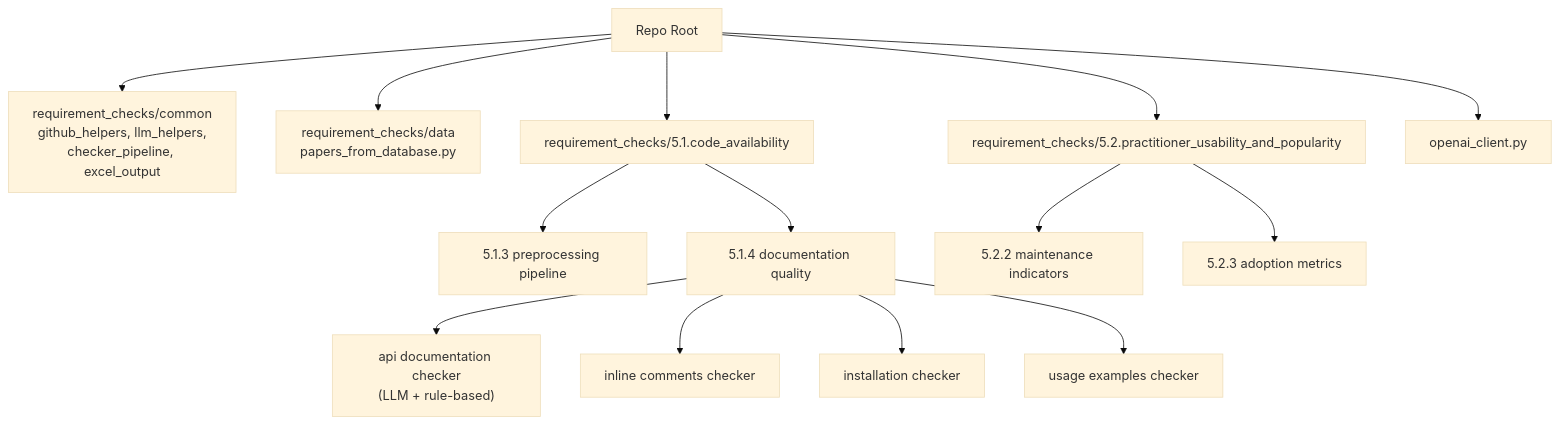
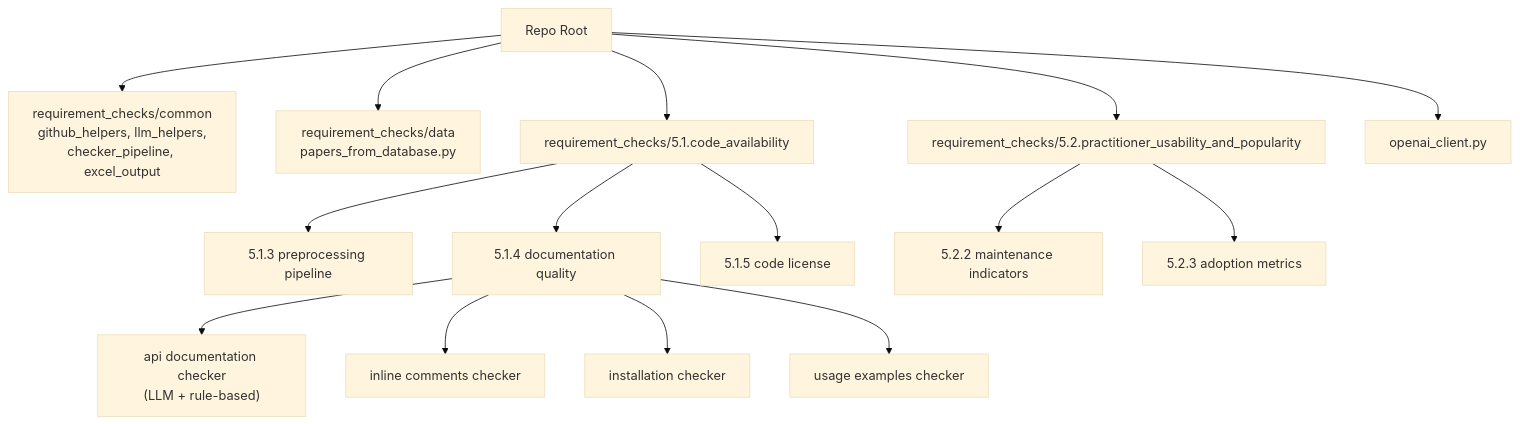
Before and after one commit to AminDaryan/Scrape-GitHub: the diagram in README.md, drawn with Mermaid (base theme). The commit also changed other lines of this file and 2 other files, not shown here.

Commit message:
feat: add question 5.1.5.code_license code and its result

````diff
--- a/README.md
+++ b/README.md
@@ -40,17 +44,18 @@
 ```mermaid
 flowchart TD
   root["Repo Root"]
   root --> common["requirement_checks/common<br/>github_helpers, llm_helpers,<br/>checker_pipeline, excel_output"]
   root --> data["requirement_checks/data<br/>papers_from_database.py"]
   root --> q51["requirement_checks/5.1.code_availability"]
   q51 --> q513["5.1.3 preprocessing pipeline"]
   q51 --> q514["5.1.4 documentation quality"]
   q514 --> apidoc["api documentation checker<br/>(LLM + rule-based)"]
   q514 --> inline["inline comments checker"]
   q514 --> install["installation checker"]
   q514 --> usage["usage examples checker"]
+  q51 --> q515["5.1.5 code license"]
   root --> q52["requirement_checks/5.2.practitioner_usability_and_popularity"]
   q52 --> q522["5.2.2 maintenance indicators"]
   q52 --> q523["5.2.3 adoption metrics"]
   root --> client["openai_client.py"]
 ```
````
